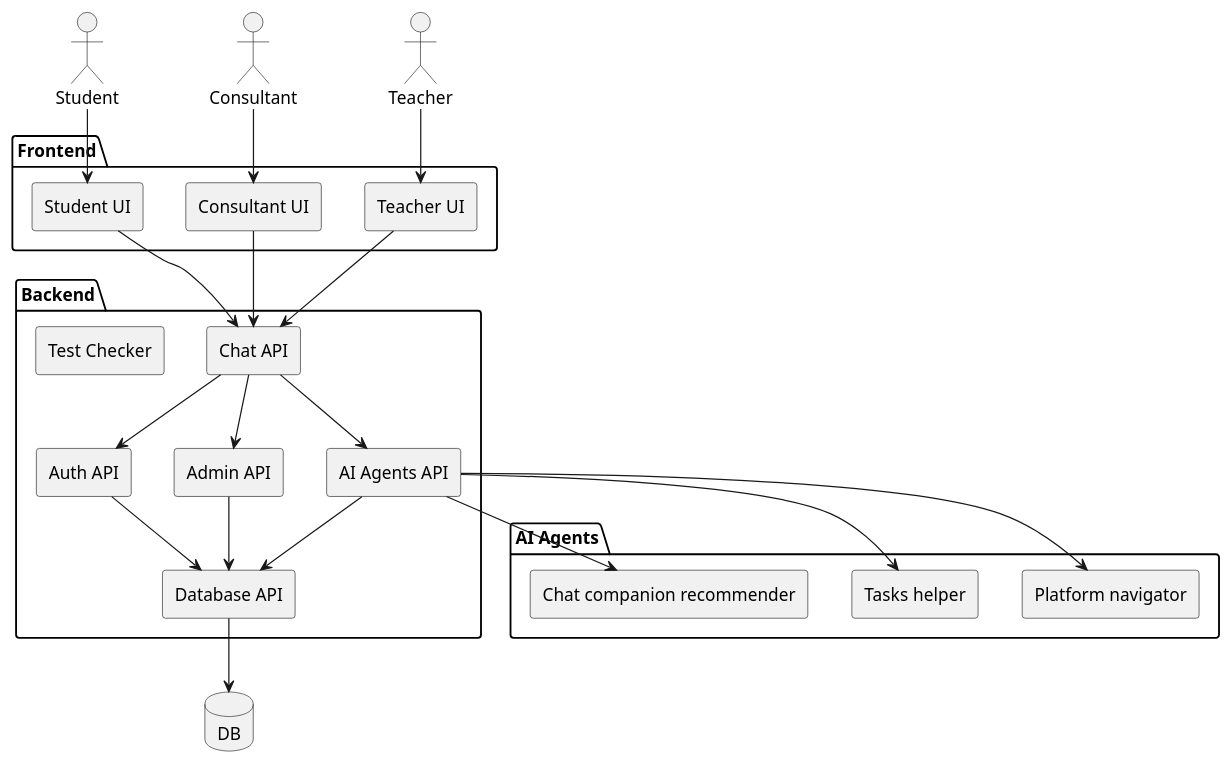
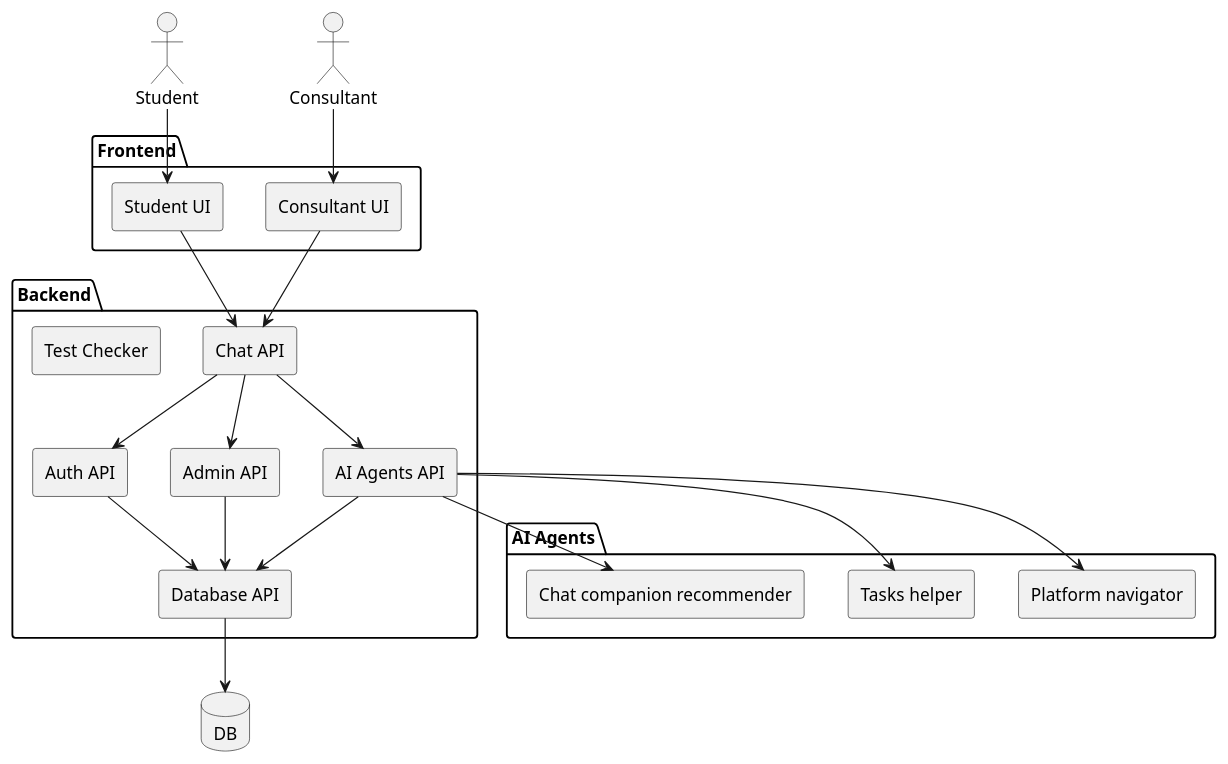
Before and after one commit to team8-2025-2026/AiAgents: the diagram in diagrams/plantuml/component.plantuml, drawn with PlantUML. The commit also changed 9 other files, not shown here.

```diff
--- a/diagrams/plantuml/component.plantuml
+++ b/diagrams/plantuml/component.plantuml
@@ -1,52 +1,48 @@
 @startuml
 skinparam componentStyle rectangle
 
 actor Student
 actor Consultant
-actor Teacher
 
 package "Frontend" {
   [Student UI] as StudentUI
-  [Teacher UI] as TeacherUI
   [Consultant UI] as ConsultantUI
 }
 
 package "Backend" {
   [Chat API] as ChatAPI
   [Auth API] as AuthAPI
   [Admin API] as AdminAPI
   [AI Agents API] as AIAgentsAPI
   [Database API] as DatabaseAPI
   [Test Checker] as TestChecker
 }
 
 package "AI Agents" {
   [Platform navigator] as PlatformNavigator
   [Tasks helper] as TasksHelper
   [Chat companion recommender] as ChatCompanionRecommender
 }
 
 database DB
 
 ' UI dependencies
 StudentUI       --> ChatAPI
-TeacherUI       --> ChatAPI
 ConsultantUI    --> ChatAPI
 
 ' API dependencies
 ChatAPI         --> AuthAPI
 ChatAPI         --> AdminAPI
 ChatAPI         --> AIAgentsAPI
 AuthAPI         --> DatabaseAPI
 AdminAPI        --> DatabaseAPI
 AIAgentsAPI     --> DatabaseAPI
 DatabaseAPI     --> DB
 AIAgentsAPI     --> PlatformNavigator
 AIAgentsAPI     --> TasksHelper
 AIAgentsAPI     --> ChatCompanionRecommender
 
 ' Actors dependencies
 Student --> StudentUI
-Teacher --> TeacherUI
 Consultant --> ConsultantUI
 @enduml
```
